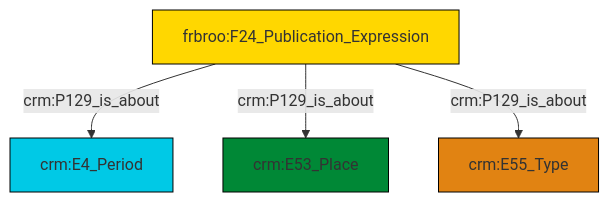
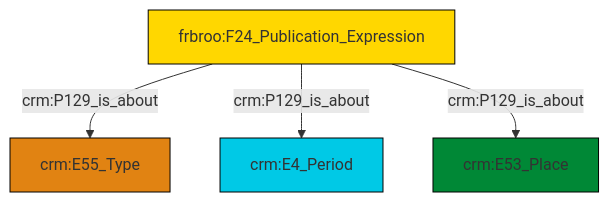
One commit to swiss-art-research-net/docs.swissartresearch changed the diagram in et/biblioCSV/ttl/mmd/biblio_aboutness.ttl.mmd. Above: the diagram before and after it, drawn with Mermaid. The commit also changed 180 other files, not shown here.

```diff
--- a/et/biblioCSV/ttl/mmd/biblio_aboutness.ttl.mmd
+++ b/et/biblioCSV/ttl/mmd/biblio_aboutness.ttl.mmd
@@ -1,18 +1,18 @@
 graph TD
 classDef Literal fill:#f2f2f2,stroke:#000000;
 classDef CRM_Entity fill:#FFFFFF,stroke:#000000;
 classDef Temporal_Entity fill:#00C9E6, stroke:#000000;
 classDef Type fill:#E18312, stroke:#000000;
 classDef Time-Span fill:#2C9C91, stroke:#000000;
 classDef Appellation fill:#FFEB7F, stroke:#000000;
 classDef Place fill:#008836, stroke:#000000;
 classDef Persistent_Item fill:#B266B2, stroke:#000000;
 classDef Conceptual_Object fill:#FFD700, stroke:#000000;
 classDef Physical_Thing fill:#D2B48C, stroke:#000000;
 classDef Actor fill:#f58aad, stroke:#000000;
 classDef PC_Classes fill:#4ce600, stroke:#000000;
 classDef Multi fill:#cccccc,stroke:#000000;
 
-0["frbroo:F24_Publication_Expression"]:::Conceptual_Object -->|crm:P129_is_about| 1["crm:E4_Period"]:::Temporal_Entity
-0["frbroo:F24_Publication_Expression"]:::Conceptual_Object -->|crm:P129_is_about| 4["crm:E53_Place"]:::Place
-0["frbroo:F24_Publication_Expression"]:::Conceptual_Object -->|crm:P129_is_about| 5["crm:E55_Type"]:::Type
+6["frbroo:F24_Publication_Expression"]:::Conceptual_Object -->|crm:P129_is_about| 0["crm:E55_Type"]:::Type
+6["frbroo:F24_Publication_Expression"]:::Conceptual_Object -->|crm:P129_is_about| 2["crm:E4_Period"]:::Temporal_Entity
+6["frbroo:F24_Publication_Expression"]:::Conceptual_Object -->|crm:P129_is_about| 4["crm:E53_Place"]:::Place
```
